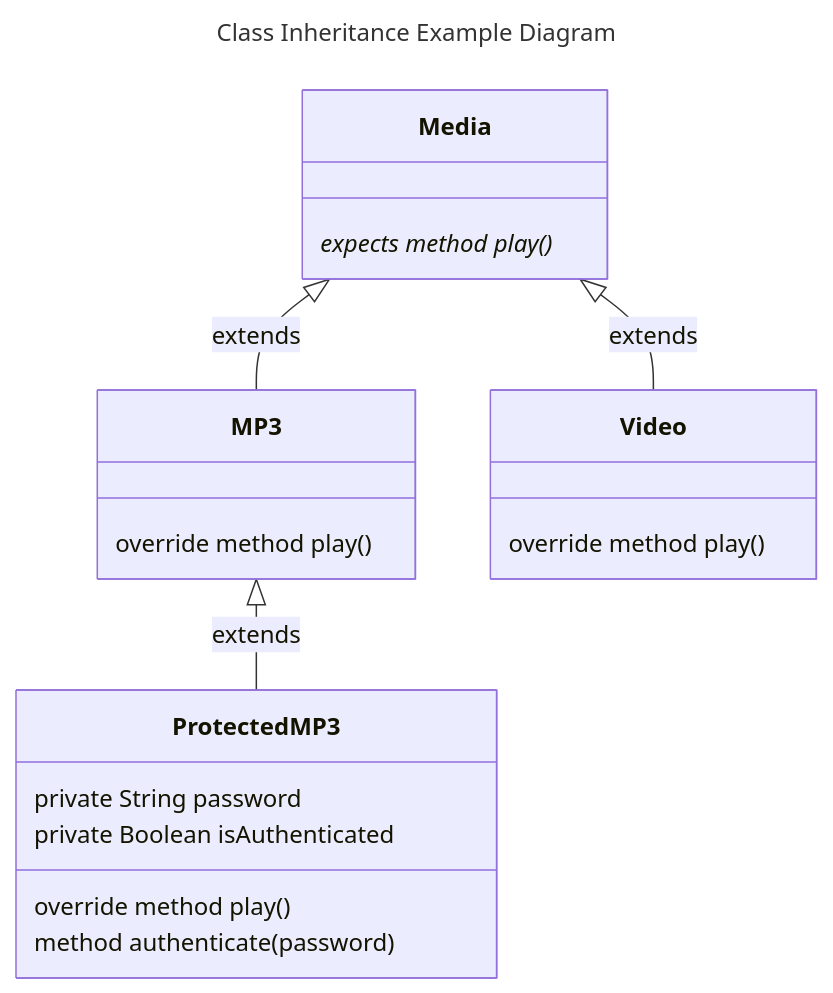
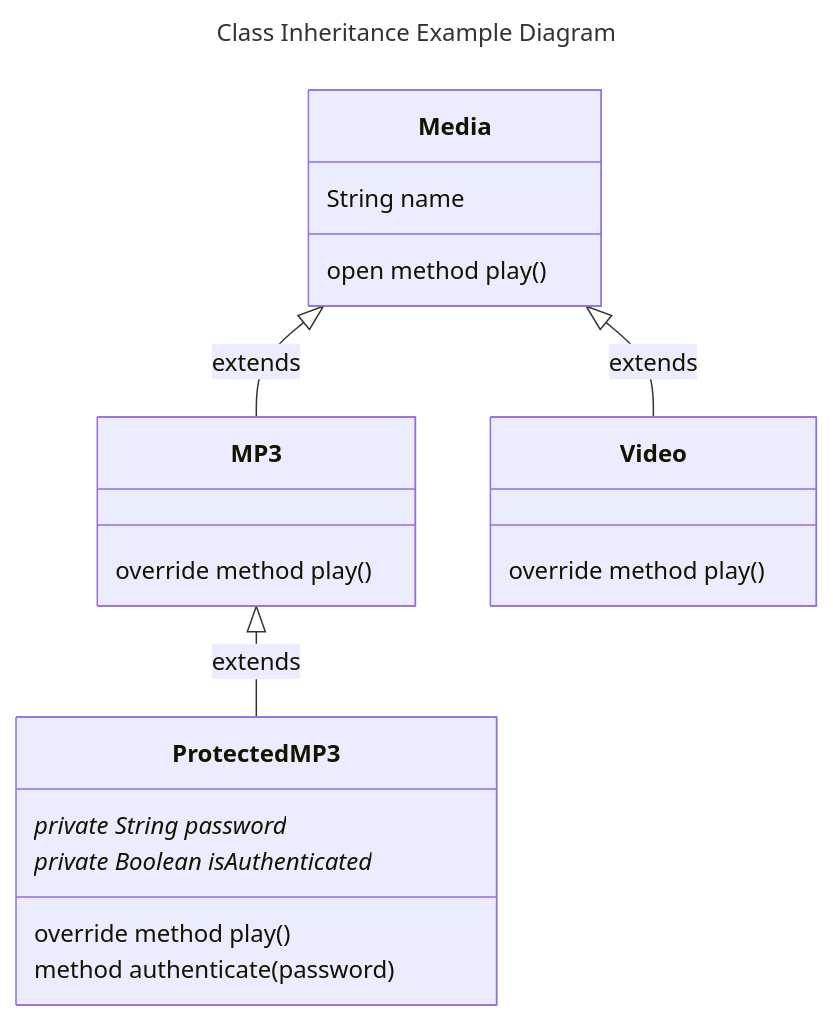
One commit to realityexpander/How_to_program_from_ground_up changed the third of 6 diagrams in 09-ClassOrientedProgramming.md. Above: the diagram before and after it, drawn with Mermaid. The commit also changed other lines of this file, not shown here.

Commit message:
imrpve chart

````diff
--- a/09-ClassOrientedProgramming.md
+++ b/09-ClassOrientedProgramming.md
@@ -353,26 +353,29 @@
     ```mermaid
     ---
     title: Class Inheritance Example Diagram
       
     ---
     classDiagram
     direction TB
     Media <|-- MP3 : extends
     Media <|-- Video : extends
     MP3 <|-- ProtectedMP3 : extends      
       
-    Media: expects method play()*
+    class Media {
+       String name
+       open method play()
+    }
     class MP3 {
        override method play()
     }
     class Video {
        override method play()
     }
     class ProtectedMP3 {
-       private String password
-       private Boolean isAuthenticated
+       private String password*
+       private Boolean isAuthenticated*
       
        override method play()
        method authenticate(password)
     }
     ```
````
